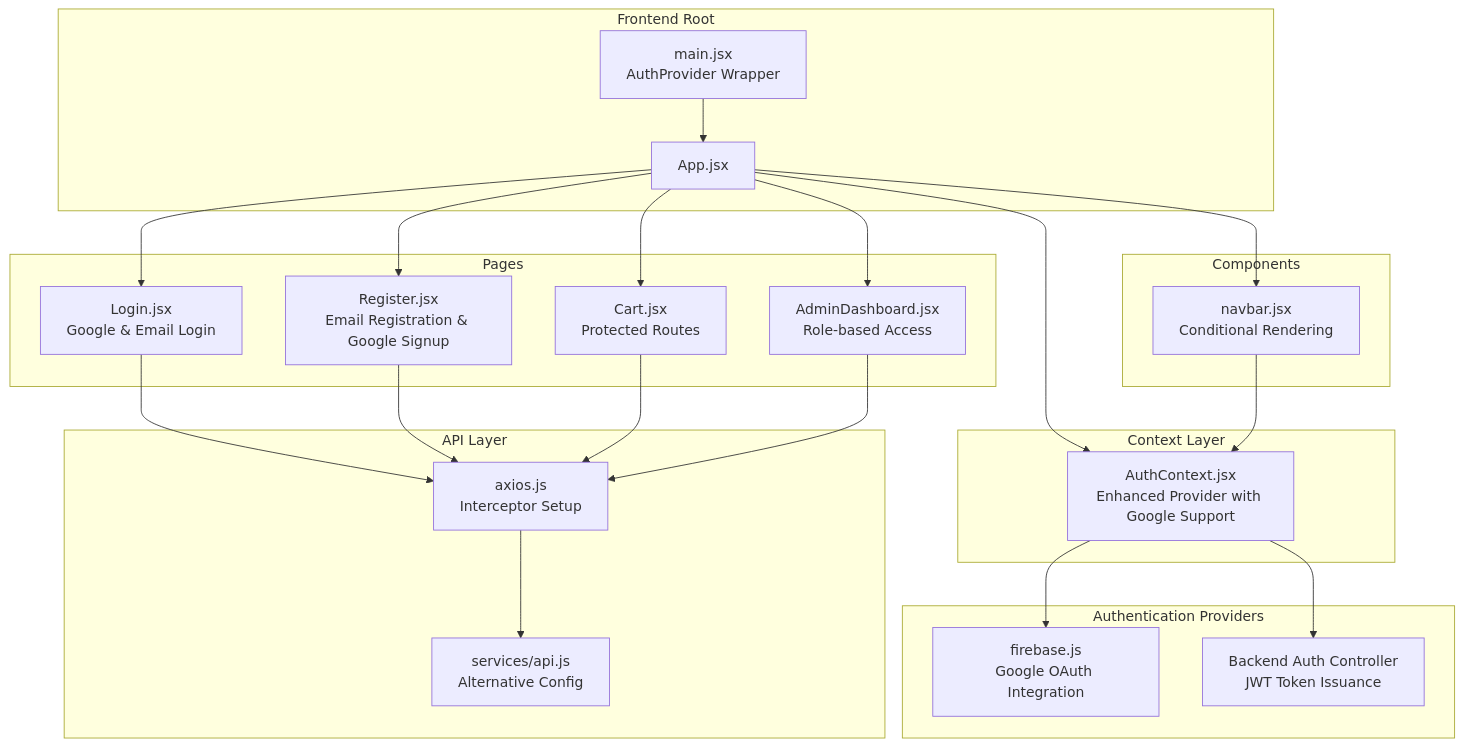
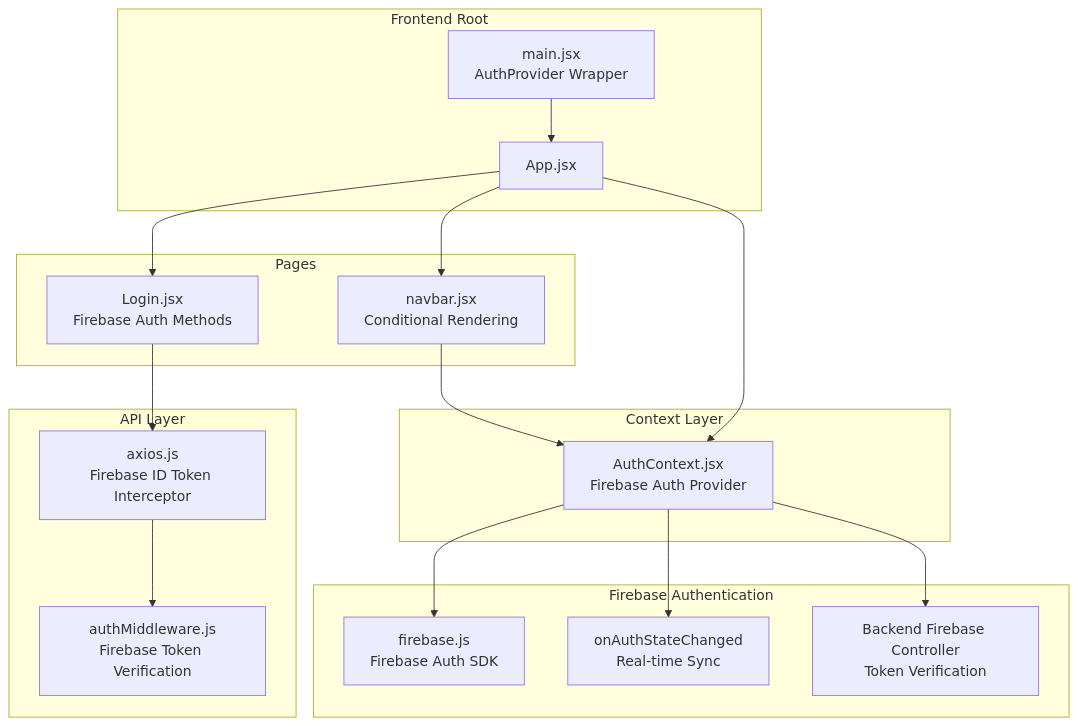
Before and after one commit to Pavan-PSPK9032/TrendsandToss: the first of 9 diagrams in .qoder/repowiki/en/content/Authentication & Authorization/Frontend Authentication State Management.md, drawn with Mermaid. The commit also changed other lines of this file and 9 other files, not shown here.

Commit message:
Fix logout functionality, admin access, and add remove from cart option

````diff
--- a/.qoder/repowiki/en/content/Authentication & Authorization/Frontend Authentication State Management.md
+++ b/.qoder/repowiki/en/content/Authentication & Authorization/Frontend Authentication State Management.md
@@ -47,42 +43,33 @@
 ```mermaid
 graph TB
 subgraph "Frontend Root"
 MAIN["main.jsx<br/>AuthProvider Wrapper"]
 APP["App.jsx"]
 end
 subgraph "Context Layer"
-AUTHCTX["AuthContext.jsx<br/>Enhanced Provider with Google Support"]
+AUTHCTX["AuthContext.jsx<br/>Firebase Auth Provider"]
 end
-subgraph "Authentication Providers"
-FIREBASE["firebase.js<br/>Google OAuth Integration"]
-ENDPOINT["Backend Auth Controller<br/>JWT Token Issuance"]
+subgraph "Firebase Authentication"
+FIREBASE["firebase.js<br/>Firebase Auth SDK"]
+AUTHSTATE["onAuthStateChanged<br/>Real-time Sync"]
+ENDPOINT["Backend Firebase Controller<br/>Token Verification"]
 end
 subgraph "Pages"
-LOGIN["Login.jsx<br/>Google & Email Login"]
-REGISTER["Register.jsx<br/>Email Registration & Google Signup"]
-CART["Cart.jsx<br/>Protected Routes"]
-ADMIN["AdminDashboard.jsx<br/>Role-based Access"]
-end
-subgraph "Components"
+LOGIN["Login.jsx<br/>Firebase Auth Methods"]
 NAV["navbar.jsx<br/>Conditional Rendering"]
 end
 subgraph "API Layer"
-AXIOS["axios.js<br/>Interceptor Setup"]
-SVC["services/api.js<br/>Alternative Config"]
+AXIOS["axios.js<br/>Firebase ID Token Interceptor"]
+MIDDLEWARE["authMiddleware.js<br/>Firebase Token Verification"]
 end
 MAIN --> APP
 APP --> AUTHCTX
 AUTHCTX --> FIREBASE
+AUTHCTX --> AUTHSTATE
 AUTHCTX --> ENDPOINT
 APP --> LOGIN
-APP --> REGISTER
-APP --> CART
-APP --> ADMIN
 APP --> NAV
 LOGIN --> AXIOS
-REGISTER --> AXIOS
-CART --> AXIOS
-ADMIN --> AXIOS
 NAV --> AUTHCTX
-AXIOS --> SVC
+AXIOS --> MIDDLEWARE
 ```
````
